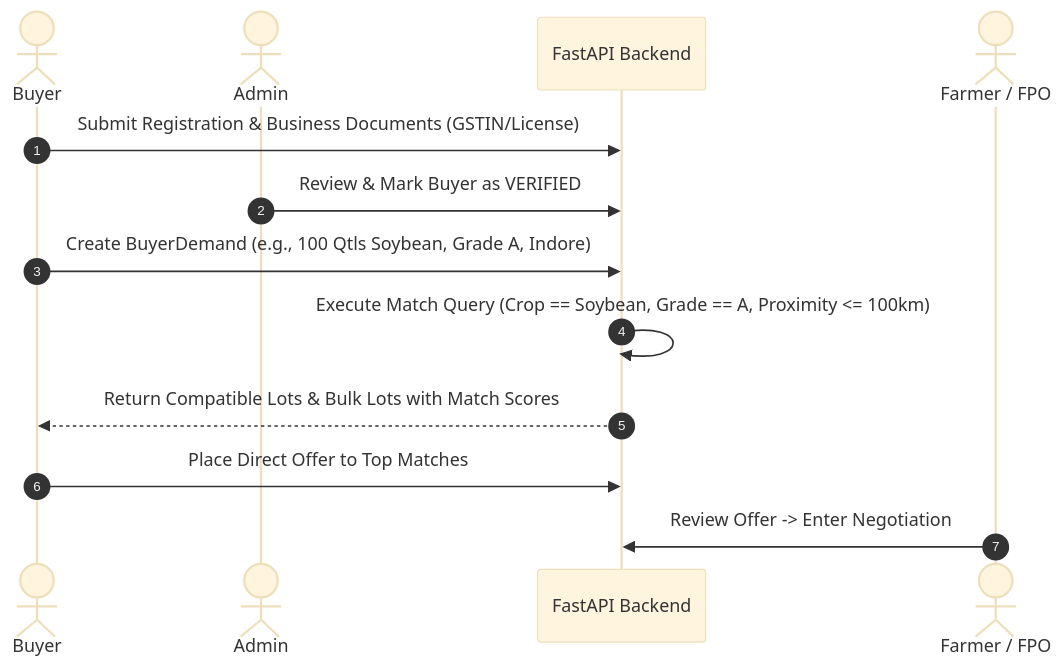
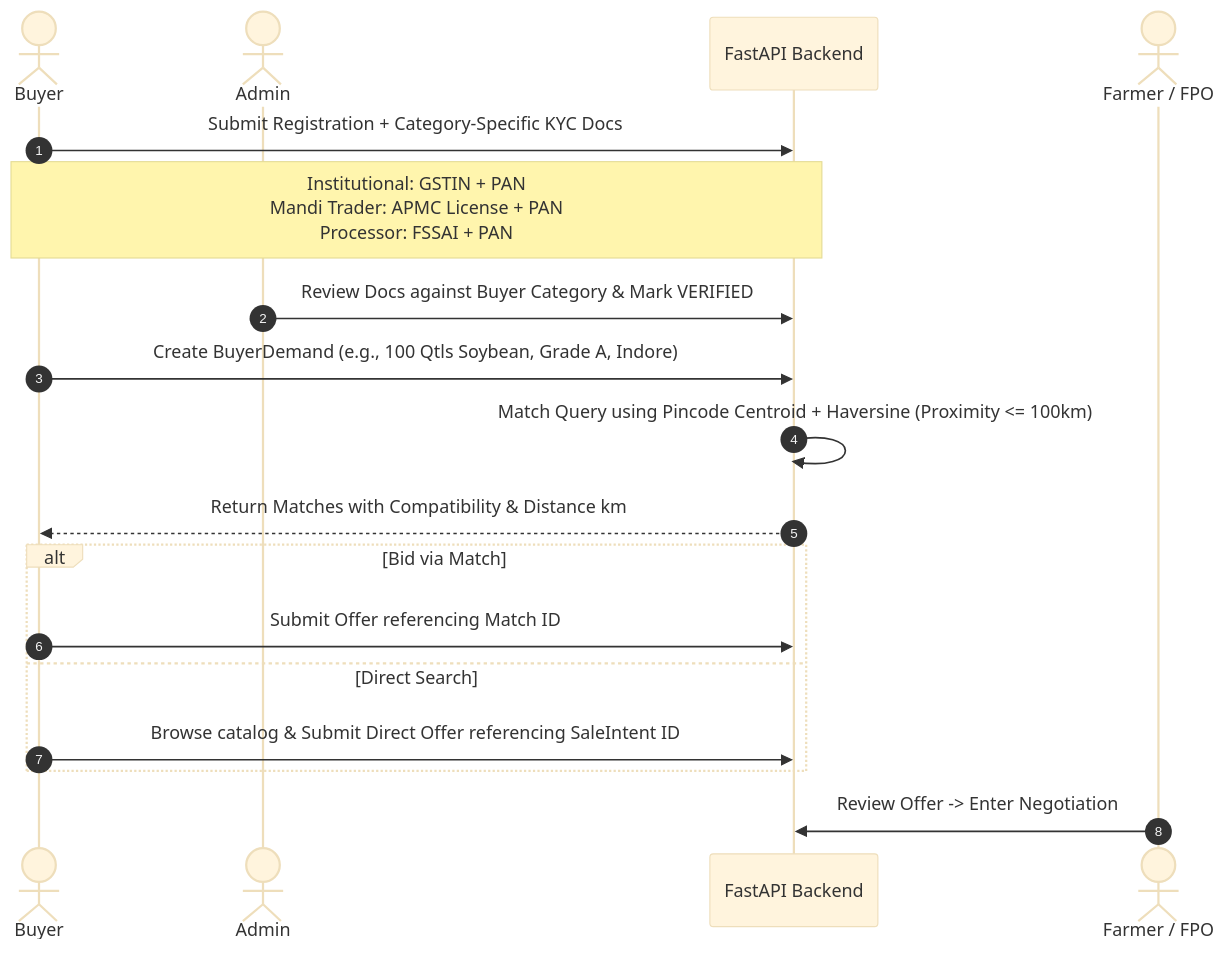
Before and after one commit to jaikishan3050/Kisan-BhavSathi: the fifth of 5 diagrams in docs/architecture.md, drawn with Mermaid (base theme). The commit also changed other lines of this file and 17 other files, not shown here.

````diff
--- a/docs/architecture.md
+++ b/docs/architecture.md
@@ -342,18 +452,23 @@
 ```mermaid
 sequenceDiagram
     autonumber
     actor Buyer
     actor Admin
     participant Backend as FastAPI Backend
     actor Seller as Farmer / FPO
 
-    Buyer->>Backend: Submit Registration & Business Documents (GSTIN/License)
-    Admin->>Backend: Review & Mark Buyer as VERIFIED
+    Buyer->>Backend: Submit Registration + Category-Specific KYC Docs
+    Note over Buyer,Backend: Institutional: GSTIN + PAN<br/>Mandi Trader: APMC License + PAN<br/>Processor: FSSAI + PAN
+    Admin->>Backend: Review Docs against Buyer Category & Mark VERIFIED
     
     Buyer->>Backend: Create BuyerDemand (e.g., 100 Qtls Soybean, Grade A, Indore)
-    Backend->>Backend: Execute Match Query (Crop == Soybean, Grade == A, Proximity <= 100km)
-    Backend-->>Buyer: Return Compatible Lots & Bulk Lots with Match Scores
+    Backend->>Backend: Match Query using Pincode Centroid + Haversine (Proximity <= 100km)
+    Backend-->>Buyer: Return Matches with Compatibility & Distance km
     
-    Buyer->>Backend: Place Direct Offer to Top Matches
+    alt Bid via Match
+        Buyer->>Backend: Submit Offer referencing Match ID
+    else Direct Search
+        Buyer->>Backend: Browse catalog & Submit Direct Offer referencing SaleIntent ID
+    end
     Seller->>Backend: Review Offer -> Enter Negotiation
 ```
````
